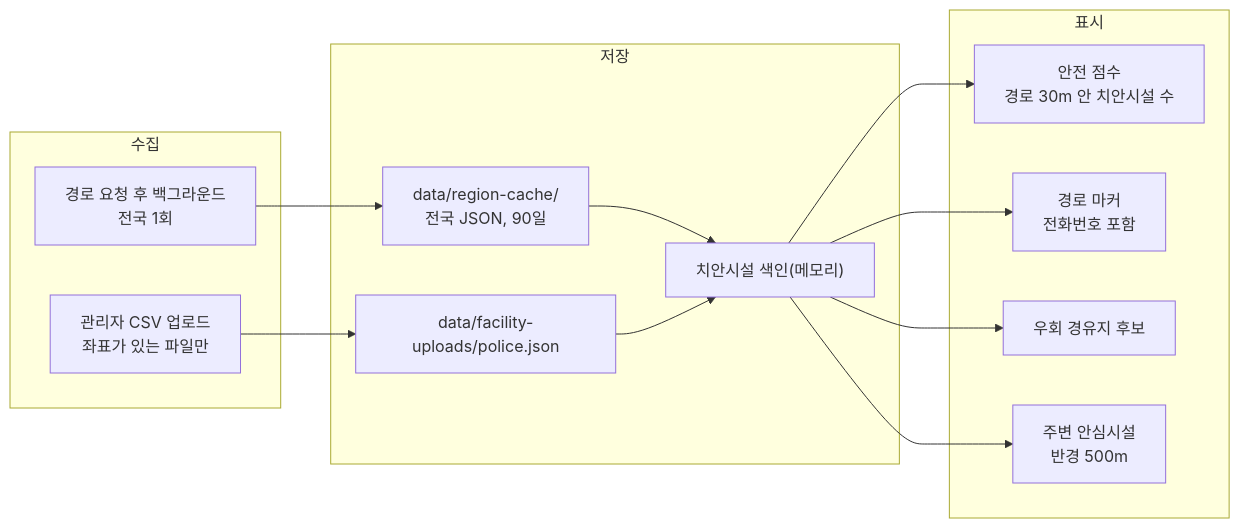
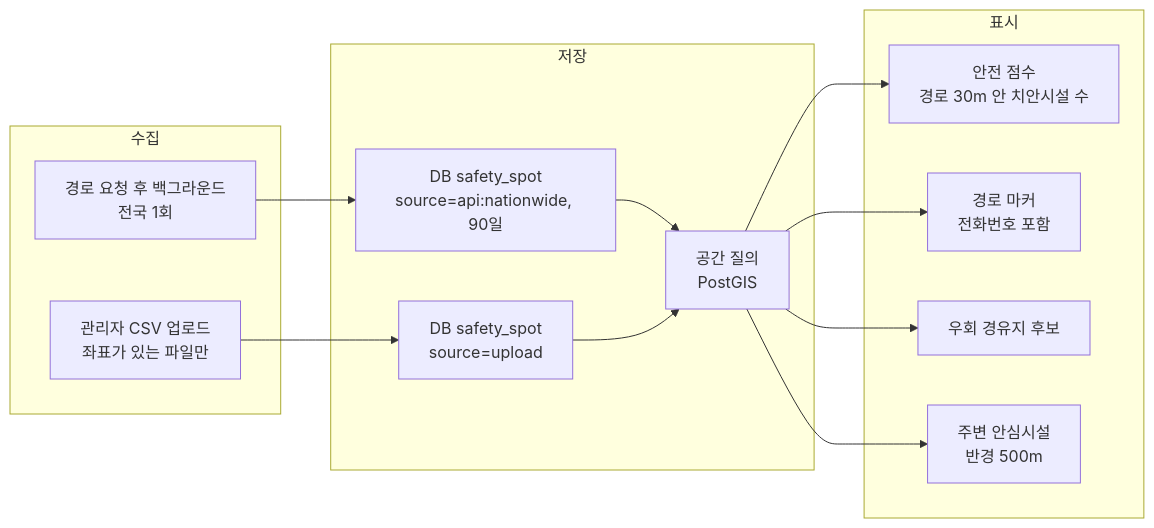
One commit to soo-ai-agent/bueongi-backend changed the diagram in docs/safety-spots/police.md. Above: the diagram before and after it, drawn with Mermaid. The commit also changed other lines of this file and 11 other files, not shown here.

First line of the commit message:
docs(backend): 안심시설 저장 문서를 PostGIS 구조로 갱신

````diff
--- a/docs/safety-spots/police.md
+++ b/docs/safety-spots/police.md
@@ -45,26 +45,26 @@
 ```mermaid
 flowchart LR
     subgraph 수집
         A1["경로 요청 후 백그라운드<br/>전국 1회"]
         A2["관리자 CSV 업로드<br/>좌표가 있는 파일만"]
     end
     subgraph 저장
-        B1["data/region-cache/<br/>전국 JSON, 90일"]
-        B2["data/facility-uploads/police.json"]
-        C["치안시설 색인(메모리)"]
+        B1["DB safety_spot<br/>source=api:nationwide, 90일"]
+        B2["DB safety_spot<br/>source=upload"]
+        C["공간 질의<br/>PostGIS"]
     end
     subgraph 표시
         E1["안전 점수<br/>경로 30m 안 치안시설 수"]
         E2["경로 마커<br/>전화번호 포함"]
         E3["우회 경유지 후보"]
         E4["주변 안심시설<br/>반경 500m"]
     end
     A1 --> B1
     A2 --> B2
     B1 --> C
     B2 --> C
     C --> E1
     C --> E2
     C --> E3
     C --> E4
 ```
````
